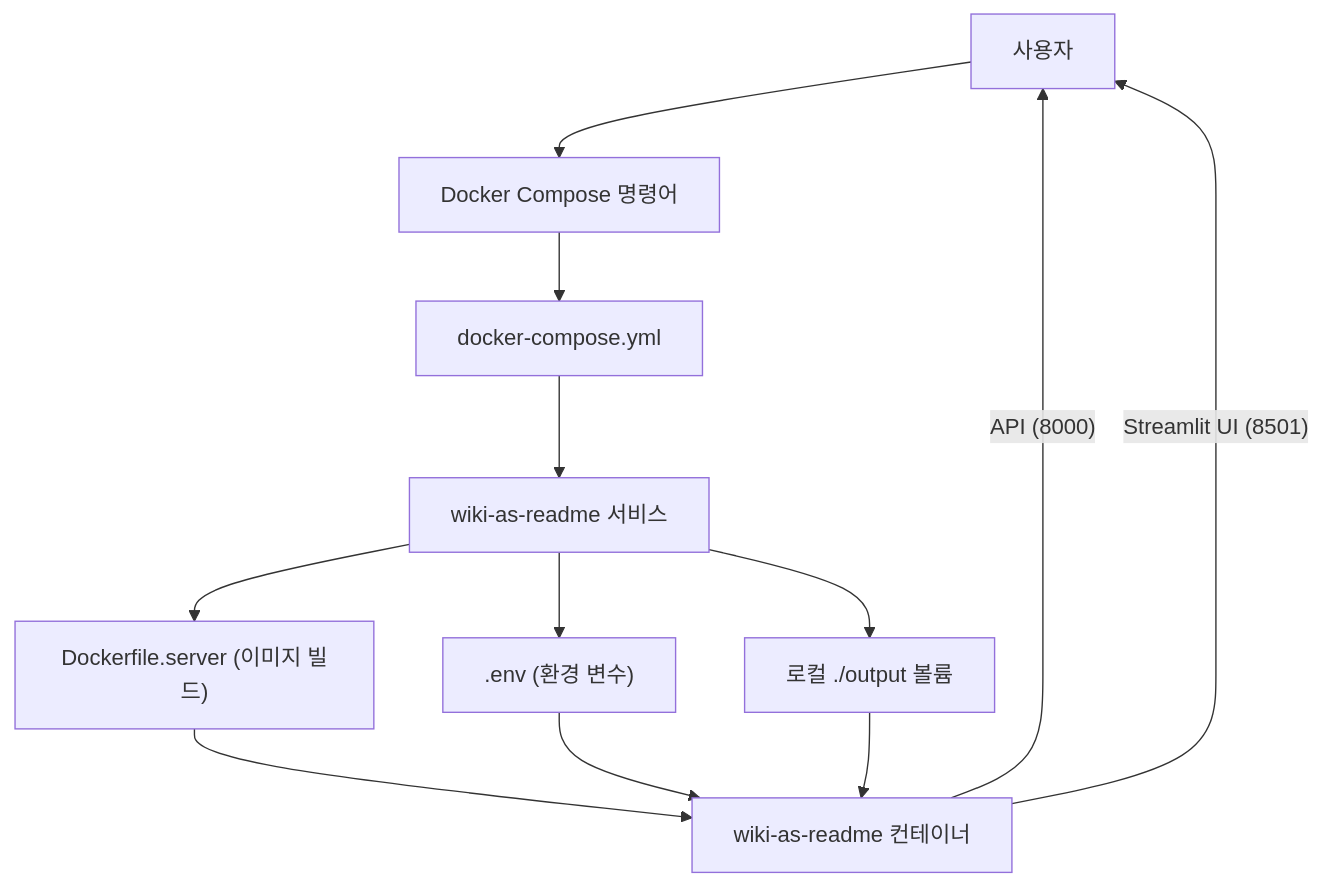
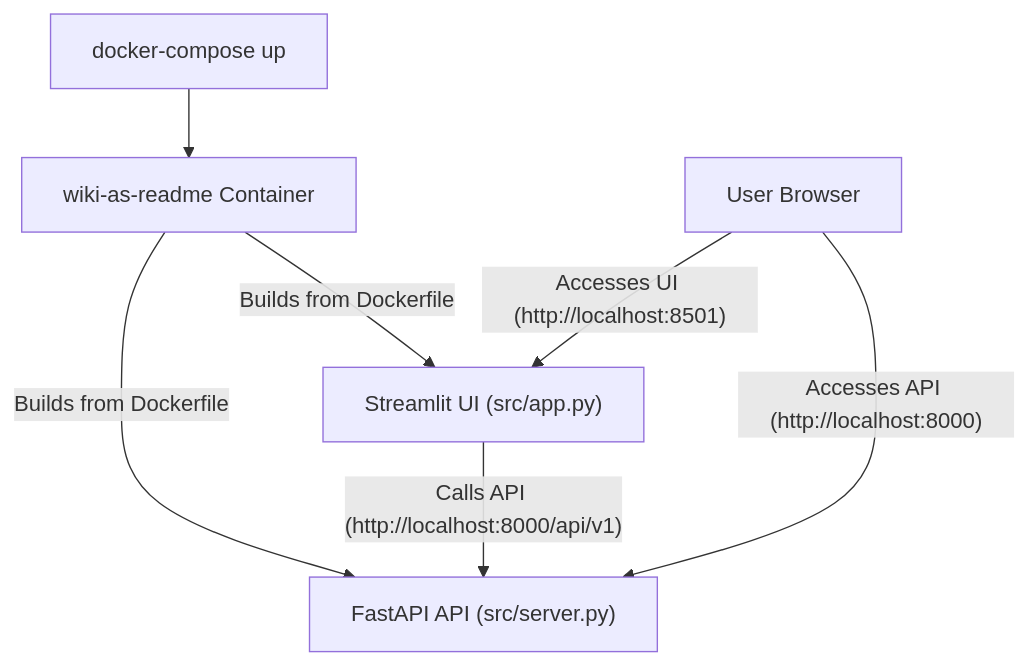
The eighth of 19 diagrams in examples/wiki_as_README.md (catuscio/wiki-as-readme), drawn with Mermaid before and after one commit. The commit also changed other lines of this file, not shown here.

Commit message:
docs: ✨Update examples/wiki_as_README.md via Wiki-As-Readme Action

````diff
--- a/examples/wiki_as_README.md
+++ b/examples/wiki_as_README.md
@@ -747,14 +759,16 @@
 ```mermaid
 graph TD
-    A["사용자"] --> B["Docker Compose 명령어"];
-    B --> C["docker-compose.yml"];
-    C --> D["wiki-as-readme 서비스"];
-    D --> E["Dockerfile.server (이미지 빌드)"];
-    D --> F[".env (환경 변수)"];
-    D --> G["로컬 ./output 볼륨"];
-    E --> H["wiki-as-readme 컨테이너"];
-    F --> H;
-    G --> H;
-    H -- "API (8000)" --> A;
-    H -- "Streamlit UI (8501)" --> A;
+    USER_BROWSER["User Browser"]
+    DOCKER_COMPOSE["docker-compose up"]
+    WIKI_CONTAINER["wiki-as-readme Container"]
+    FASTAPI_API["FastAPI API (src/server.py)"]
+    STREAMLIT_UI["Streamlit UI (src/app.py)"]
+
+    DOCKER_COMPOSE --> WIKI_CONTAINER
+    WIKI_CONTAINER -- "Builds from Dockerfile" --> FASTAPI_API
+    WIKI_CONTAINER -- "Builds from Dockerfile" --> STREAMLIT_UI
+
+    USER_BROWSER -- "Accesses UI (http://localhost:8501)" --> STREAMLIT_UI
+    STREAMLIT_UI -- "Calls API (http://localhost:8000/api/v1)" --> FASTAPI_API
+    USER_BROWSER -- "Accesses API (http://localhost:8000)" --> FASTAPI_API
 ```
````
